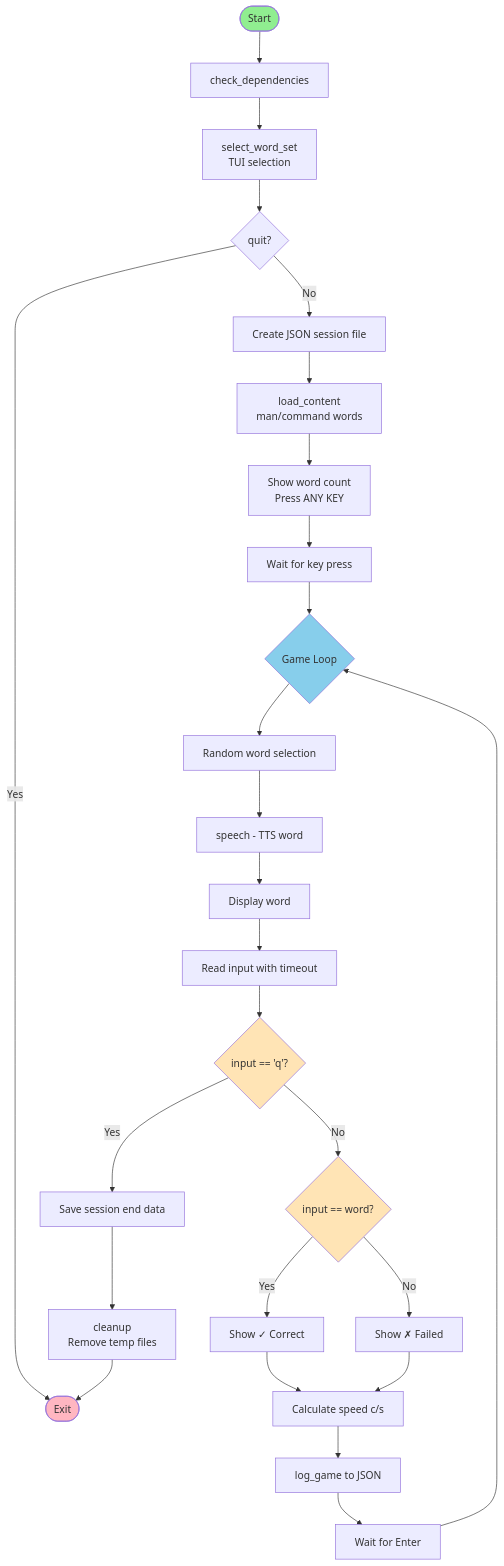
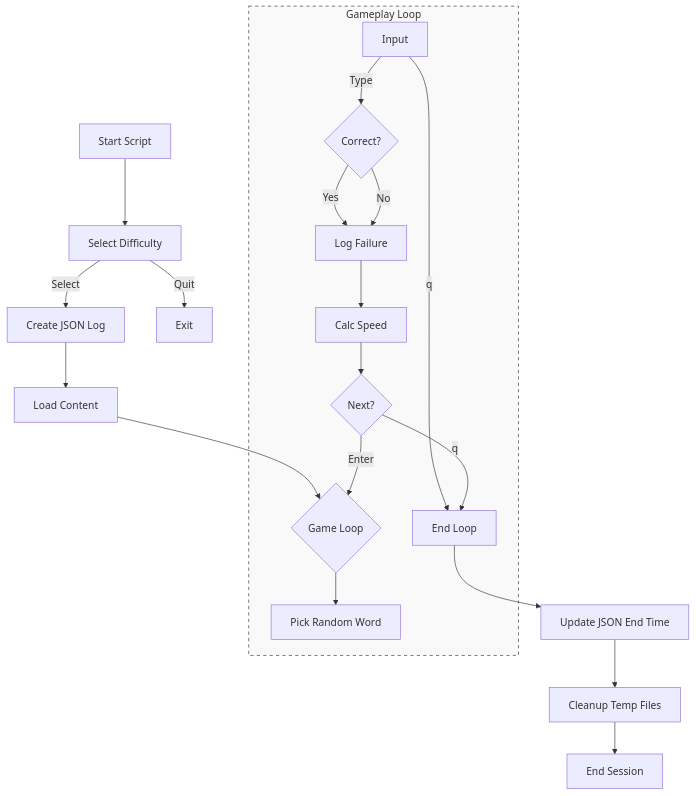
Before and after one commit to tomato-tom/flash-card: the first of 5 diagrams in docs/typing.md, drawn with Mermaid. The commit also changed other lines of this file and 1 other file, not shown here.

````diff
--- a/docs/typing.md
+++ b/docs/typing.md
@@ -8,40 +18,26 @@
 ```mermaid
 flowchart TD
-    Start([Start]) --> CheckDeps[check_dependencies]
-    CheckDeps --> SelectSet[select_word_set<br/>TUI selection]
-    SelectSet --> QuitCheck{quit?}
-    QuitCheck -->|Yes| End([Exit])
-    QuitCheck -->|No| CreateSession[Create JSON session file]
+    Start[Start Script] --> Menu[Select Difficulty]
+    Menu -->|Quit| Exit
+    Menu -->|Select| Init[Create JSON Log]
+    Init --> Load[Load Content]
+    Load --> Loop{Game Loop}
     
-    CreateSession --> LoadContent[load_content<br/>man/command words]
-    LoadContent --> ShowReady[Show word count<br/>Press ANY KEY]
-    ShowReady --> WaitStart[Wait for key press]
-    WaitStart --> GameLoop{Game Loop}
-    
-    GameLoop --> SelectWord[Random word selection]
-    SelectWord --> Speech[speech - TTS word]
-    Speech --> DisplayWord[Display word]
-    DisplayWord --> WaitInput[Read input with timeout]
-    
-    WaitInput --> CheckQuit{input == 'q'?}
-    CheckQuit -->|Yes| SaveSession[Save session end data]
-    CheckQuit -->|No| CheckCorrect{input == word?}
-    
-    CheckCorrect -->|Yes| ShowCorrect[Show ✓ Correct]
-    CheckCorrect -->|No| ShowFailed[Show ✗ Failed]
-    
-    ShowCorrect --> CalcSpeed[Calculate speed c/s]
-    ShowFailed --> CalcSpeed
-    CalcSpeed --> LogGame[log_game to JSON]
-    LogGame --> WaitNext[Wait for Enter]
-    WaitNext --> GameLoop
-    
-    SaveSession --> Cleanup[cleanup<br/>Remove temp files]
-    Cleanup --> End
-    
-    style Start fill:#90EE90
-    style End fill:#FFB6C1
-    style GameLoop fill:#87CEEB
-    style CheckQuit fill:#FFE4B5
-    style CheckCorrect fill:#FFE4B5
+    subgraph Gameplay ["Gameplay Loop"]
+        Loop --> Pick[Pick Random Word]
+        Input -->|q| EndLoop[End Loop]
+        Input -->|Type| Check{Correct?}
+        Check -->|Yes| Result[Log Success]
+        Check -->|No| Result[Log Failure]
+        Result --> Speed[Calc Speed]
+        Speed --> Next{Next?}
+        Next -->|Enter| Loop
+        Next -->|q| EndLoop
+    end
+
+    EndLoop --> Save[Update JSON End Time]
+    Save --> Clean[Cleanup Temp Files]
+    Clean --> Done[End Session]
+
+    style Gameplay fill:#f9f9f9,stroke:#333,stroke-dasharray: 5 5
 ```
````
